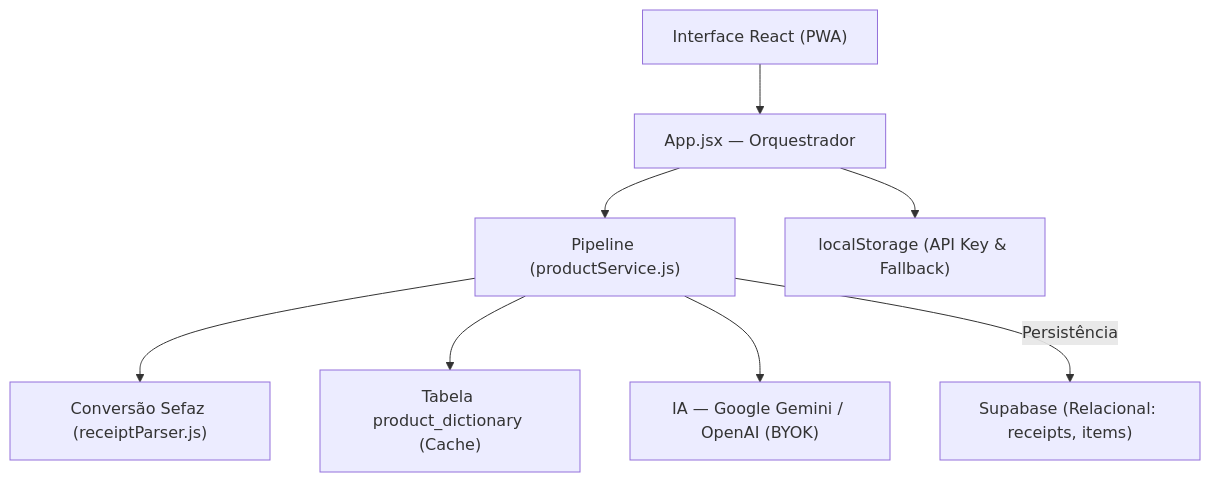
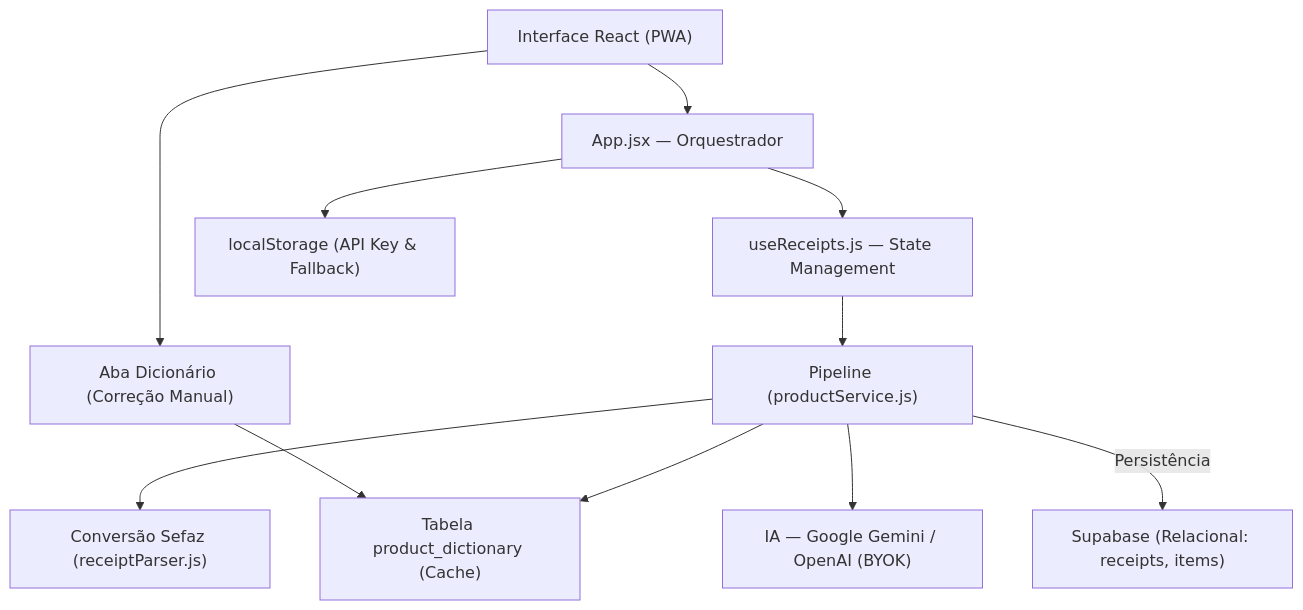
The first of 2 diagrams in ARCHITECTURE.md (Bosguega/my_mercado), drawn with Mermaid before and after one commit. The commit also changed other lines of this file and 12 other files, not shown here.

````diff
--- a/ARCHITECTURE.md
+++ b/ARCHITECTURE.md
@@ -36,19 +36,24 @@
 ```mermaid
 graph TD
     UI["Interface React (PWA)"]
     App["App.jsx — Orquestrador"]
+    Hook["useReceipts.js — State Management"]
     Pipeline["Pipeline (productService.js)"]
     Services["Conversão Sefaz (receiptParser.js)"]
     AI["IA — Google Gemini / OpenAI (BYOK)"]
+    DictionaryTab["Aba Dicionário (Correção Manual)"]
     Dictionary["Tabela product_dictionary (Cache)"]
     Supabase["Supabase (Relacional: receipts, items)"]
     LocalStorage["localStorage (API Key & Fallback)"]
 
     UI --> App
-    App --> Pipeline
+    App --> Hook
+    Hook --> Pipeline
+    UI --> DictionaryTab
+    DictionaryTab --> Dictionary
     Pipeline --> Services
     Pipeline --> Dictionary
     Pipeline --> AI
     App --> LocalStorage
     Pipeline -- "Persistência" --> Supabase
 ```
````
